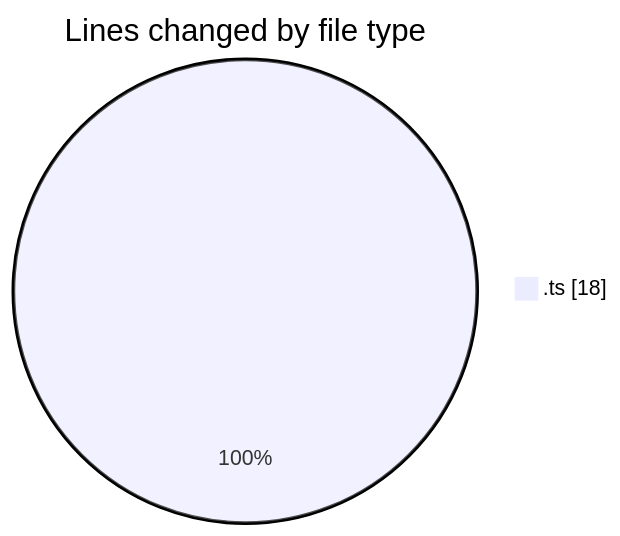
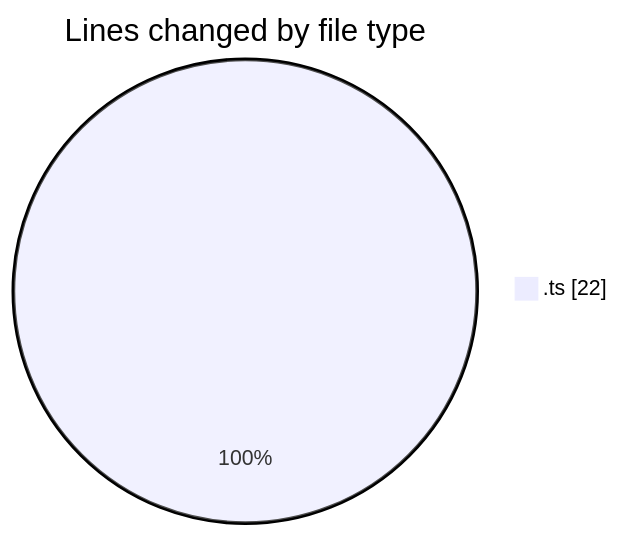
The first of 2 diagrams in 2025-08-08/cda/README.md (momahboobian/code-tracking), drawn with Mermaid before and after one commit. The commit also changed other lines of this file and 1 other file, not shown here.

````diff
--- a/2025-08-08/cda/README.md
+++ b/2025-08-08/cda/README.md
@@ -20,5 +20,5 @@
 ```mermaid
 pie showData
 title Lines changed by file type
-".ts" : 18
+".ts" : 22
 ```
````
